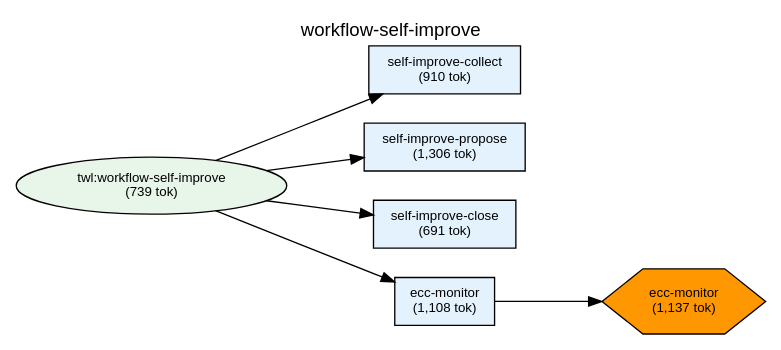
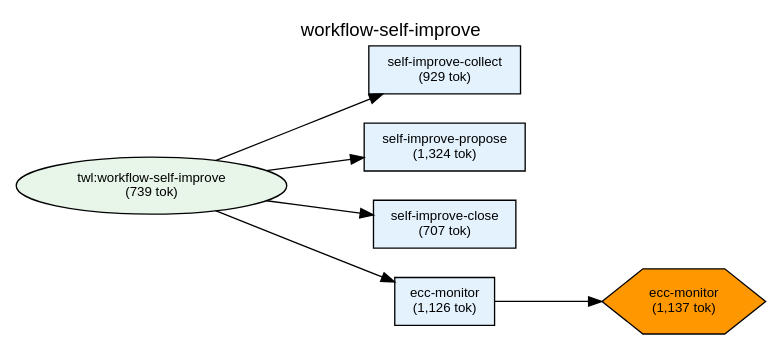
The diagram in plugins/twl/docs/deps-workflow-self-improve.dot (shuu5/twill), drawn with Graphviz before and after one commit. The commit also changed 43 other files, not shown here.

```diff
--- a/plugins/twl/docs/deps-workflow-self-improve.dot
+++ b/plugins/twl/docs/deps-workflow-self-improve.dot
@@ -1,54 +1,54 @@
 digraph Dependencies {
     // Graph settings
     rankdir=LR;
     ranksep=0.8;
     nodesep=0.3;
     fontname="Helvetica";
     node [fontname="Helvetica", fontsize=10];
     edge [fontname="Helvetica", fontsize=9];
     label="workflow-self-improve";
     labelloc=t;
     fontsize=14;
 
     // L0: Controller Skills
 
     // L0: Launchers
 
     // L0.5: Workflow Skills
     skill_workflow_self_improve [label="twl:workflow-self-improve\n(739 tok)", shape=ellipse, style=filled, fillcolor="#e8f5e9"];
 
     // Reference Skills
 
     // L1: Direct Commands
-    cmd_self_improve_collect [label="self-improve-collect\n(910 tok)", shape=box, style=filled, fillcolor="#e3f2fd"];
-    cmd_self_improve_propose [label="self-improve-propose\n(1,306 tok)", shape=box, style=filled, fillcolor="#e3f2fd"];
-    cmd_self_improve_close [label="self-improve-close\n(691 tok)", shape=box, style=filled, fillcolor="#e3f2fd"];
-    cmd_ecc_monitor [label="ecc-monitor\n(1,108 tok)", shape=box, style=filled, fillcolor="#e3f2fd"];
+    cmd_self_improve_collect [label="self-improve-collect\n(929 tok)", shape=box, style=filled, fillcolor="#e3f2fd"];
+    cmd_self_improve_propose [label="self-improve-propose\n(1,324 tok)", shape=box, style=filled, fillcolor="#e3f2fd"];
+    cmd_self_improve_close [label="self-improve-close\n(707 tok)", shape=box, style=filled, fillcolor="#e3f2fd"];
+    cmd_ecc_monitor [label="ecc-monitor\n(1,126 tok)", shape=box, style=filled, fillcolor="#e3f2fd"];
 
     // L2: Sub Commands
 
     // L3: Agents
 
     // L3.5: Scripts
     script_ecc_monitor [label="ecc-monitor\n(1,137 tok)", shape=hexagon, style=filled, fillcolor="#FF9800"];
 
     // L4: External
 
     // Layer constraints
     { rank=same; skill_workflow_self_improve; }
     { rank=same; cmd_self_improve_collect; cmd_self_improve_propose; cmd_self_improve_close; cmd_ecc_monitor; }
     { rank=same; script_ecc_monitor; }
 
     // Edges
     skill_workflow_self_improve -> cmd_self_improve_collect;
     skill_workflow_self_improve -> cmd_self_improve_propose;
     skill_workflow_self_improve -> cmd_self_improve_close;
     skill_workflow_self_improve -> cmd_ecc_monitor;
     cmd_ecc_monitor -> script_ecc_monitor;
 
     // Ordering constraints (invisible edges)
     cmd_self_improve_collect -> cmd_self_improve_propose [style=invis, weight=10];
     cmd_self_improve_propose -> cmd_self_improve_close [style=invis, weight=10];
     cmd_self_improve_close -> cmd_ecc_monitor [style=invis, weight=10];
 
 }
```
